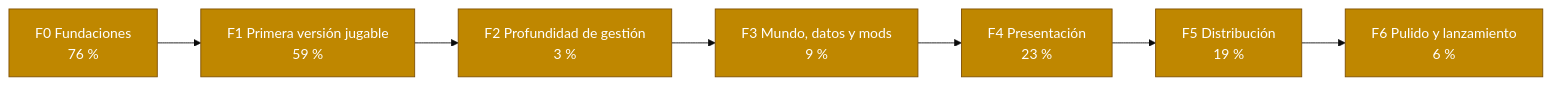
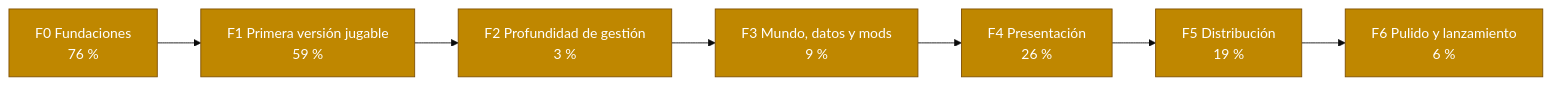
Before and after one commit to dariogea/BM27: the second of 2 diagrams in docs/roadmap.md, drawn with Mermaid (base theme). The commit also changed other lines of this file and 9 other files, not shown here.

````diff
--- a/docs/roadmap.md
+++ b/docs/roadmap.md
@@ -50,21 +50,21 @@
 ```mermaid
 flowchart LR
   F0["F0 Fundaciones<br/>76 %"]
   F1["F1 Primera versión jugable<br/>59 %"]
   F2["F2 Profundidad de gestión<br/>3 %"]
   F3["F3 Mundo, datos y mods<br/>9 %"]
-  F4["F4 Presentación<br/>23 %"]
+  F4["F4 Presentación<br/>26 %"]
   F5["F5 Distribución<br/>19 %"]
   F6["F6 Pulido y lanzamiento<br/>6 %"]
   F0 --> F1 --> F2 --> F3 --> F4 --> F5 --> F6
   classDef hecho fill:#2da44e,color:#fff,stroke:#1a7f37;
   classDef curso fill:#bf8700,color:#fff,stroke:#7d4e00;
   classDef pendiente fill:#eaeef2,color:#24292f,stroke:#8c959f;
   class F0 curso;
   class F1 curso;
   class F2 curso;
   class F3 curso;
   class F4 curso;
   class F5 curso;
   class F6 curso;
 ```
````
